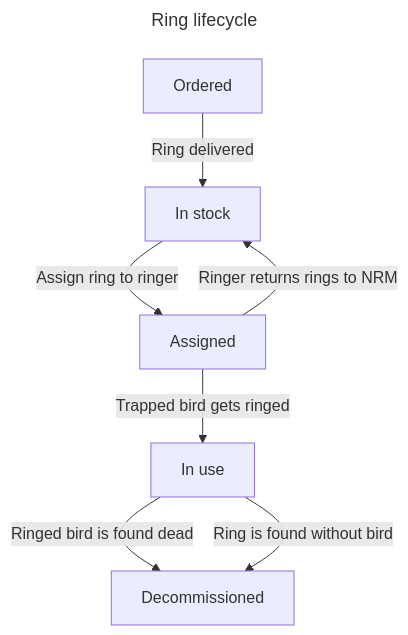
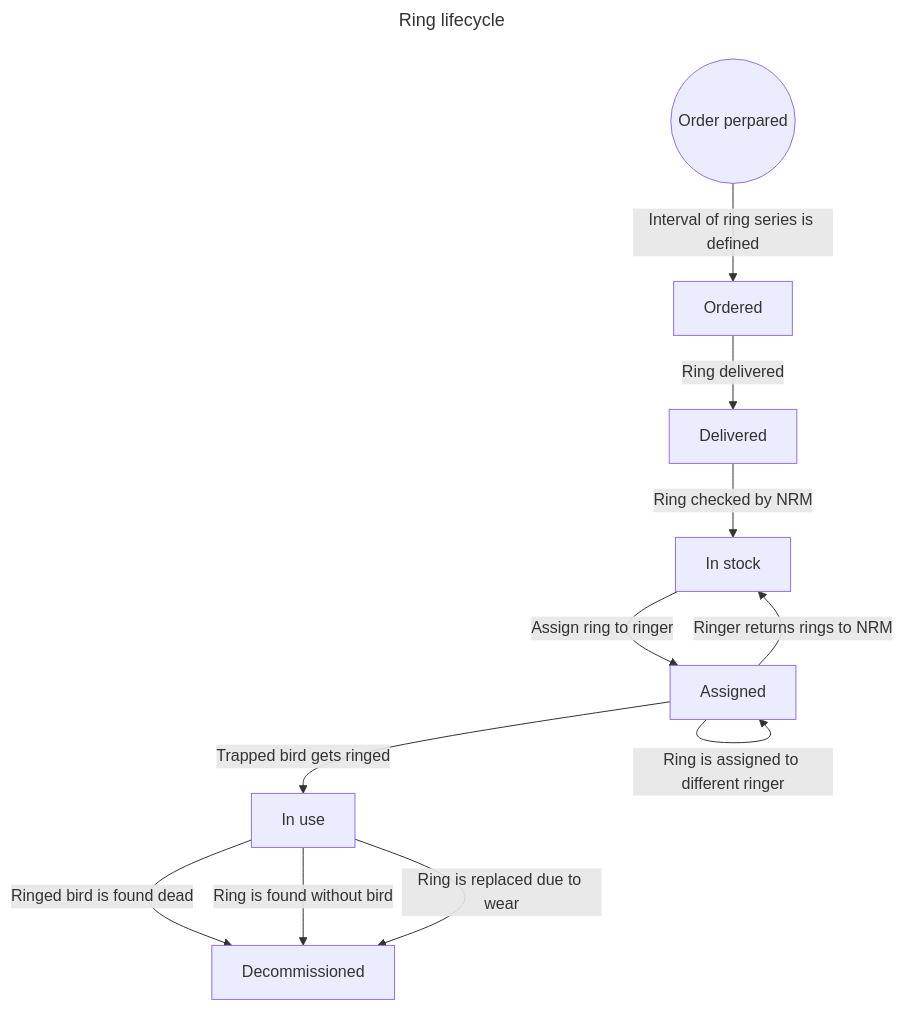
The diagram in ui-examples/public/diagrams/bird-ringing-ring-lifecycle.mermaid (pdmnyberg/ui-examples), drawn with Mermaid before and after one commit.

Commit message:
fix: update ring lifecycle

```diff
--- a/ui-examples/public/diagrams/bird-ringing-ring-lifecycle.mermaid
+++ b/ui-examples/public/diagrams/bird-ringing-ring-lifecycle.mermaid
@@ -1,18 +1,23 @@
 ---
 title: Ring lifecycle
 ---
 
 flowchart TD
+    order_prepared@{ shape: circle, label: "Order perpared" }
     ordered["Ordered"]
+    delivered["Delivered"]
     in_stock["In stock"]
     assigned["Assigned"]
     in_use["In use"]
     decommissioned["Decommissioned"]
 
-    ordered -- "Ring delivered" --> in_stock
+    order_prepared -- "Interval of ring series is defined" --> ordered
+    ordered -- "Ring delivered" --> delivered
+    delivered -- "Ring checked by NRM" --> in_stock
     in_stock -- "Assign ring to ringer" --> assigned
     assigned -- "Trapped bird gets ringed" --> in_use
     in_use -- "Ringed bird is found dead" --> decommissioned
     in_use -- "Ring is found without bird" --> decommissioned
-
+    in_use -- "Ring is replaced due to wear" --> decommissioned
     assigned -- "Ringer returns rings to NRM" --> in_stock
+    assigned -- "Ring is assigned to different ringer" --> assigned
```
